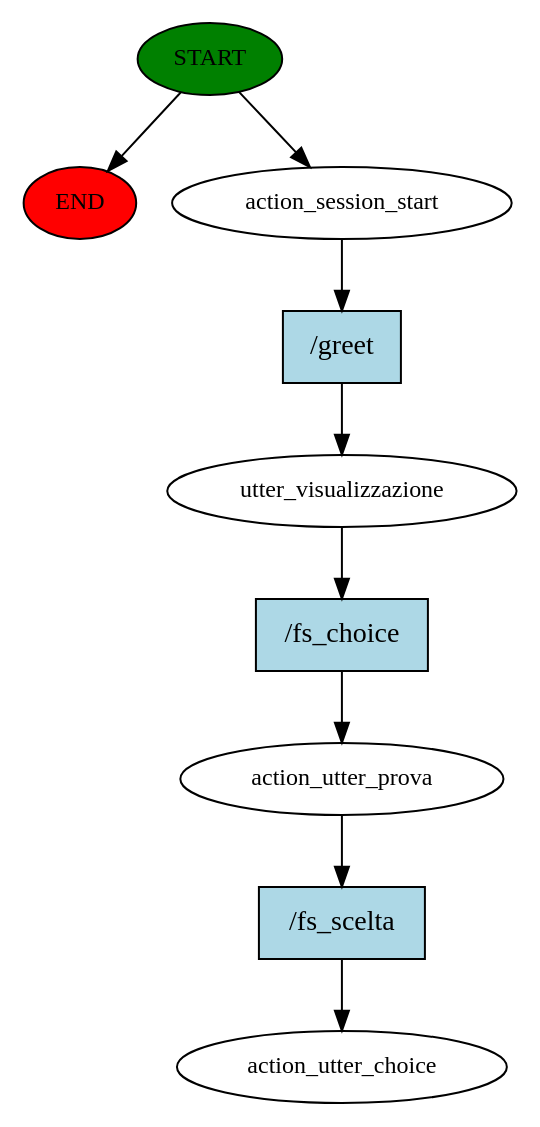
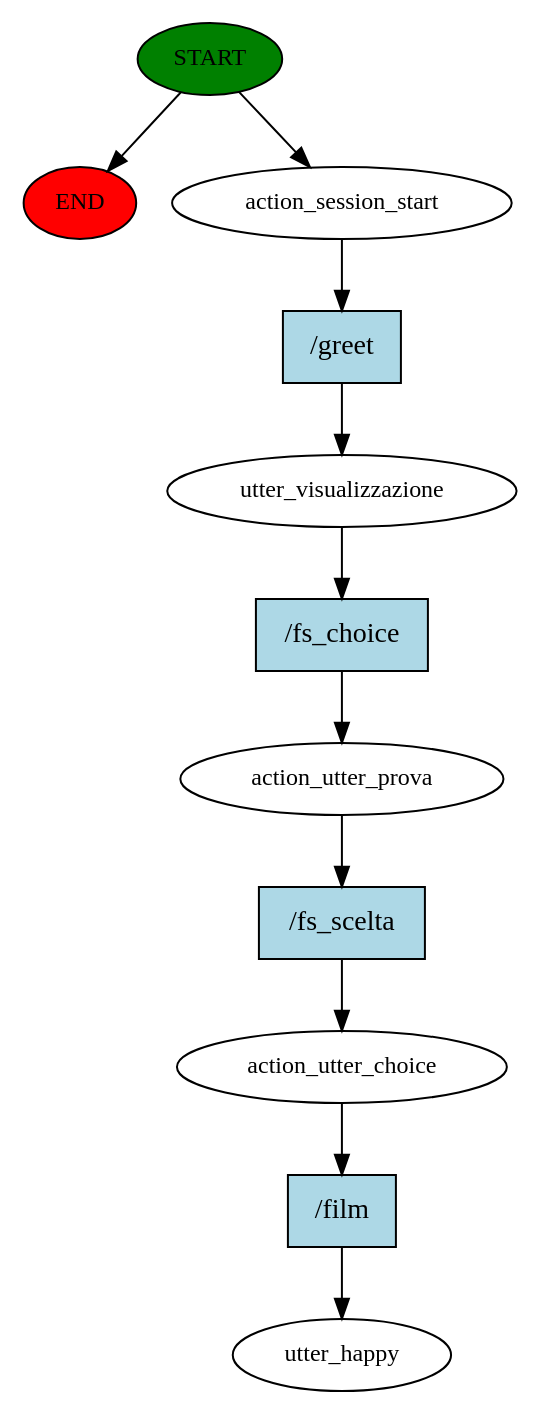
Before and after one commit to nicolamo/ChatbotProject: the diagram in story_graph.dot, drawn with Graphviz. The commit also changed 11 other files, not shown here.

```diff
--- a/story_graph.dot
+++ b/story_graph.dot
@@ -1,19 +1,23 @@
 digraph  {
 0 [class="start active", fillcolor=green, fontsize=12, label=START, style=filled];
 "-1" [class=end, fillcolor=red, fontsize=12, label=END, style=filled];
 1 [class=active, fontsize=12, label=action_session_start];
 2 [class=active, fontsize=12, label=utter_visualizzazione];
 3 [class=active, fontsize=12, label=action_utter_prova];
-4 [class="dashed active", fontsize=12, label=action_utter_choice];
-5 [class="intent active", fillcolor=lightblue, label="/greet", shape=rect, style=filled];
-6 [class="intent active", fillcolor=lightblue, label="/fs_choice", shape=rect, style=filled];
-7 [class="intent active", fillcolor=lightblue, label="/fs_scelta", shape=rect, style=filled];
+4 [class=active, fontsize=12, label=action_utter_choice];
+5 [class="dashed active", fontsize=12, label=utter_happy];
+6 [class="intent active", fillcolor=lightblue, label="/greet", shape=rect, style=filled];
+7 [class="intent active", fillcolor=lightblue, label="/fs_choice", shape=rect, style=filled];
+8 [class="intent active", fillcolor=lightblue, label="/fs_scelta", shape=rect, style=filled];
+9 [class="intent active", fillcolor=lightblue, label="/film", shape=rect, style=filled];
 0 -> "-1"  [class="", key=NONE, label=""];
 0 -> 1  [class=active, key=NONE, label=""];
-1 -> 5  [class=active, key=0];
-2 -> 6  [class=active, key=0];
-3 -> 7  [class=active, key=0];
-5 -> 2  [class=active, key=0];
-6 -> 3  [class=active, key=0];
-7 -> 4  [class=active, key=0];
+1 -> 6  [class=active, key=0];
+2 -> 7  [class=active, key=0];
+3 -> 8  [class=active, key=0];
+4 -> 9  [class=active, key=0];
+6 -> 2  [class=active, key=0];
+7 -> 3  [class=active, key=0];
+8 -> 4  [class=active, key=0];
+9 -> 5  [class=active, key=0];
 }
```
